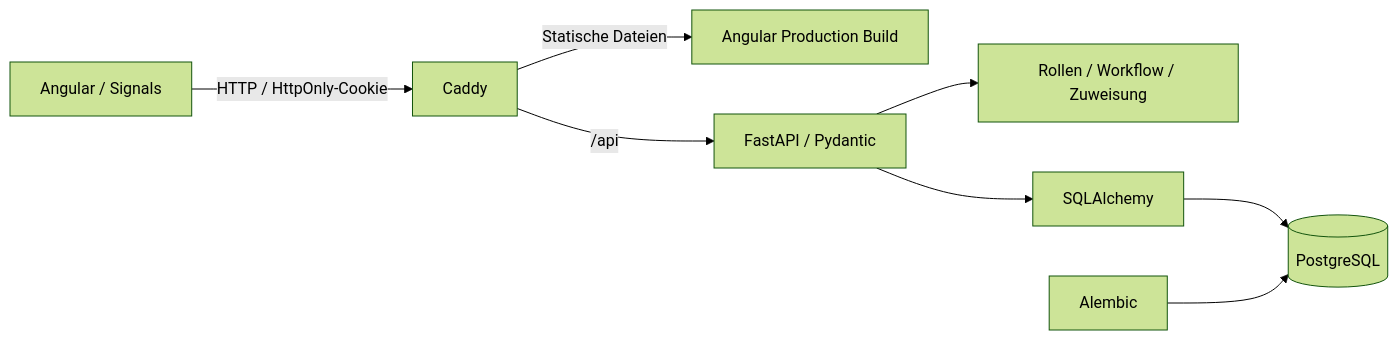
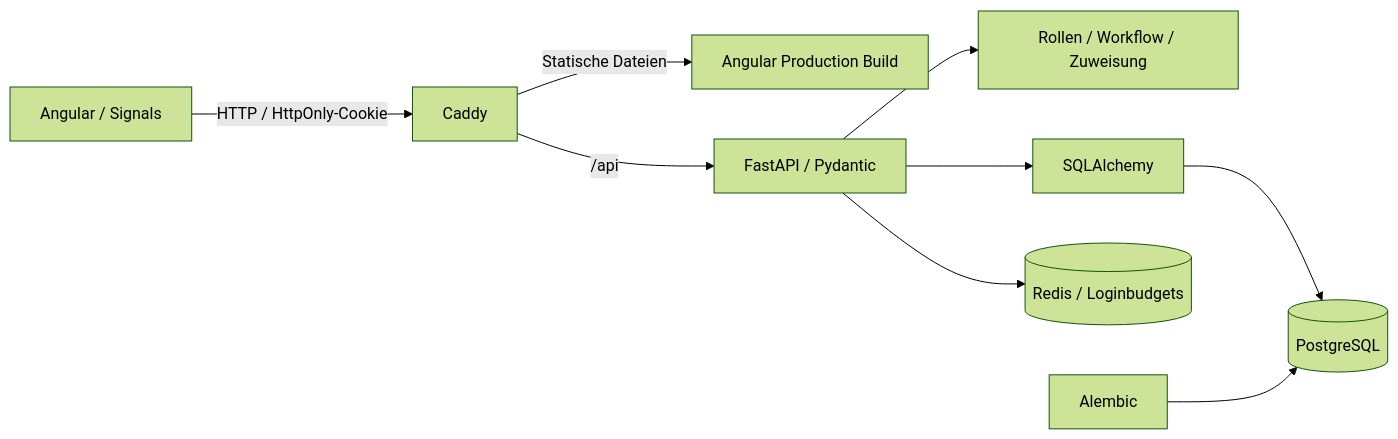
The diagram in README.md (okankpl/SmartDesk), drawn with Mermaid (forest theme) before and after one commit. The commit also changed other lines of this file and 26 other files, not shown here.

````diff
--- a/README.md
+++ b/README.md
@@ -61,10 +62,11 @@
 ```mermaid
 flowchart LR
     Browser[Angular / Signals] -->|HTTP / HttpOnly-Cookie| Caddy[Caddy]
     Caddy -->|Statische Dateien| SPA[Angular Production Build]
     Caddy -->|/api| API[FastAPI / Pydantic]
     API --> Rules[Rollen / Workflow / Zuweisung]
     API --> ORM[SQLAlchemy]
     ORM --> DB[(PostgreSQL)]
+    API --> Redis[(Redis / Loginbudgets)]
     Migrations[Alembic] --> DB
 ```
````
